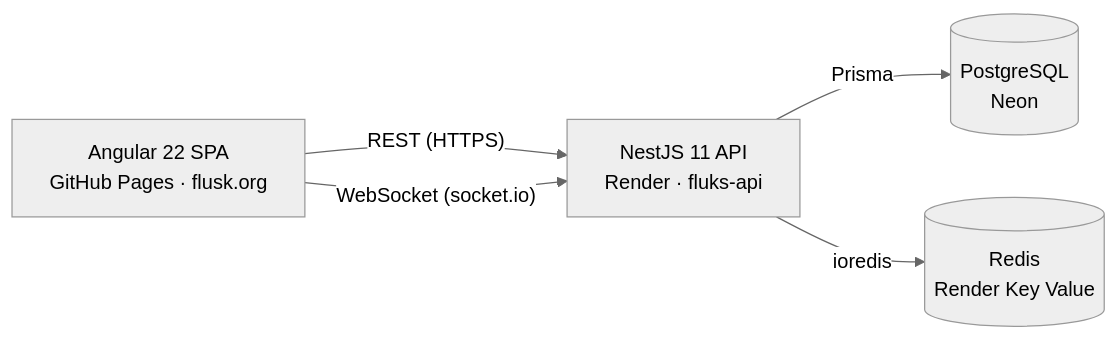
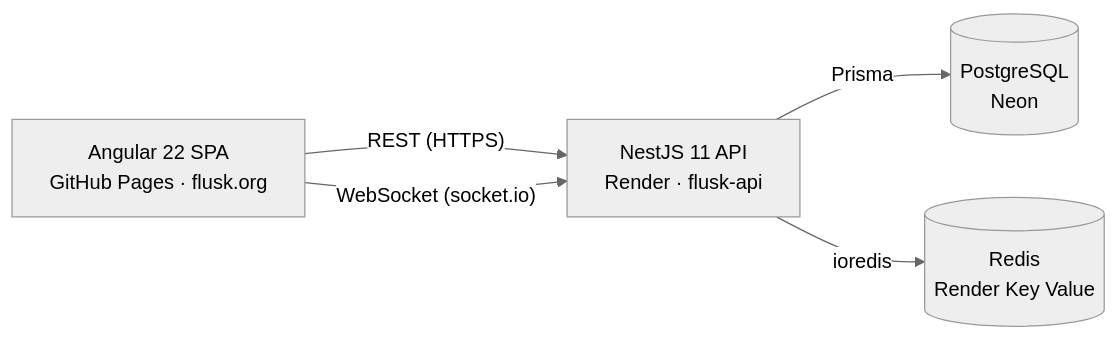
One commit to olucens/fluks changed the diagram in README.md. Above: the diagram before and after it, drawn with Mermaid (neutral theme). The commit also changed other lines of this file and 25 other files, not shown here.

Commit message:
refactor: rename brand Fluks -> Flusk to match the flusk.org domain

````diff
--- a/README.md
+++ b/README.md
@@ -19,7 +19,7 @@
 ```mermaid
 flowchart LR
-    A["Angular 22 SPA<br/>GitHub Pages · flusk.org"] -- "REST (HTTPS)" --> B["NestJS 11 API<br/>Render · fluks-api"]
+    A["Angular 22 SPA<br/>GitHub Pages · flusk.org"] -- "REST (HTTPS)" --> B["NestJS 11 API<br/>Render · flusk-api"]
     A -- "WebSocket (socket.io)" --> B
     B -- Prisma --> C[("PostgreSQL<br/>Neon")]
     B -- ioredis --> D[("Redis<br/>Render Key Value")]
 ```
````
